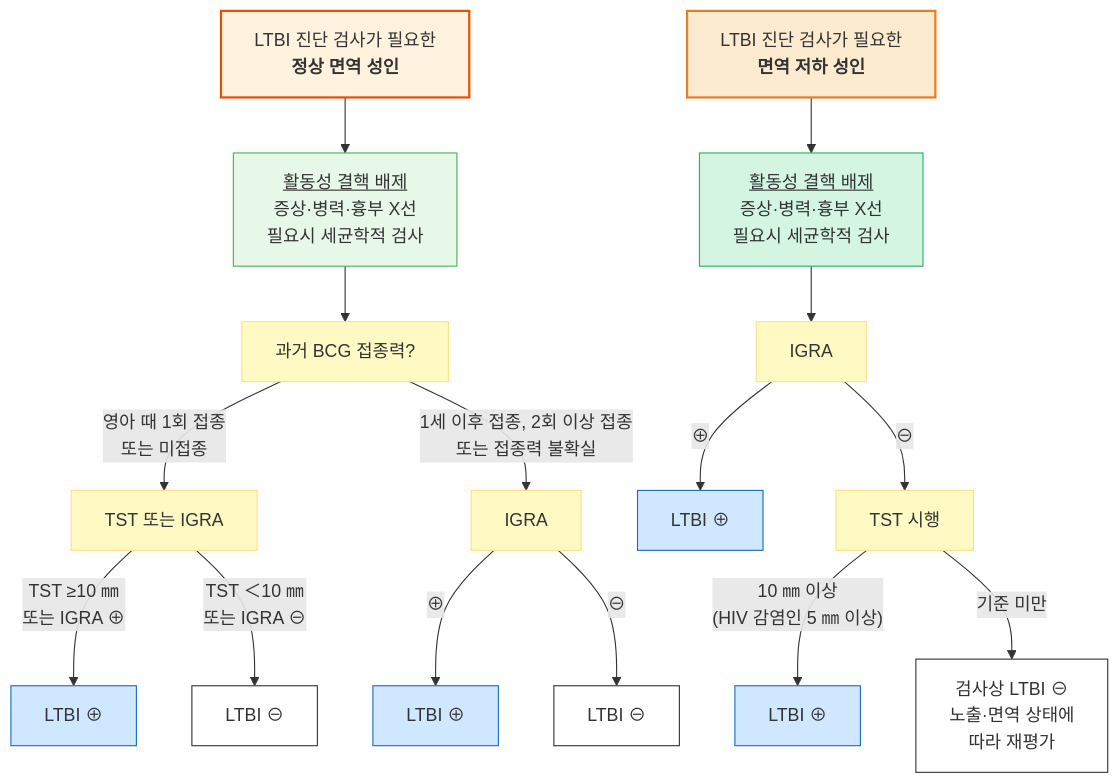
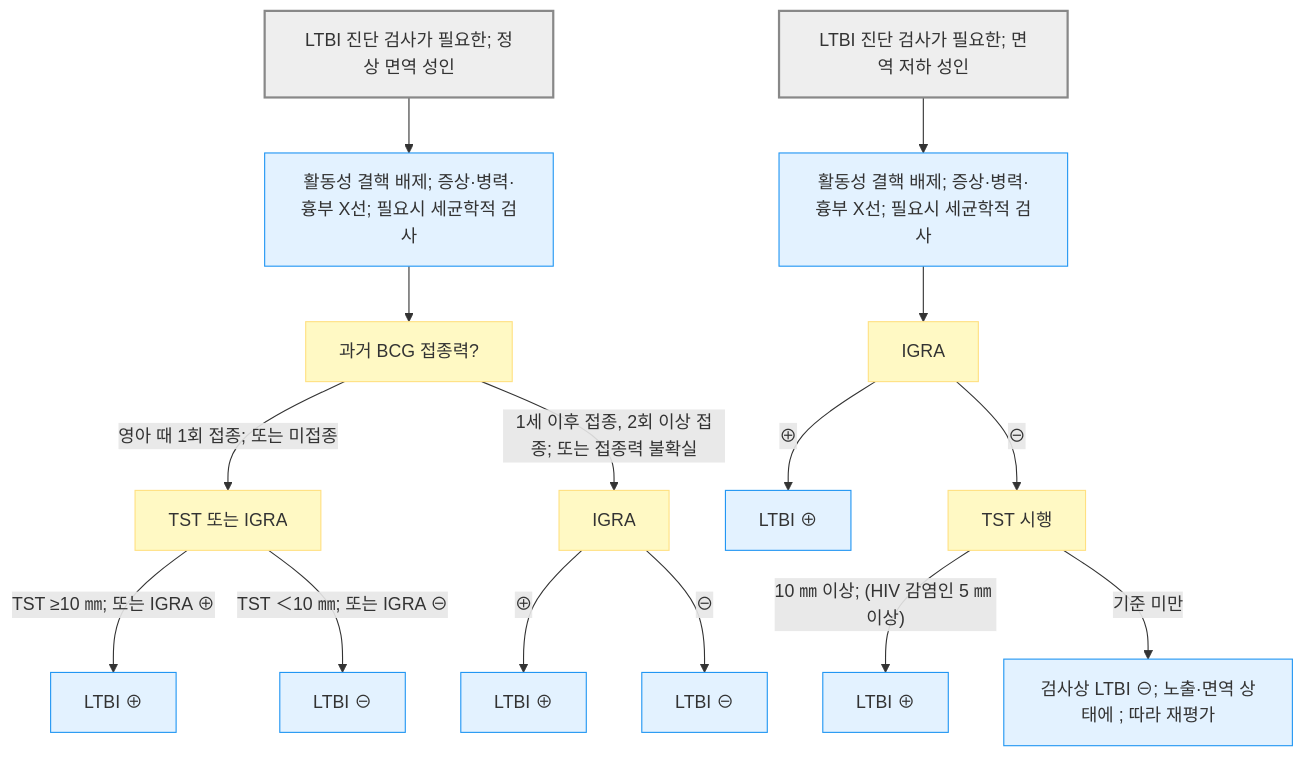
Before and after one commit to familyoh77/familyoh77: the third of 4 diagrams in 223_/070_-tuberculosis.md, drawn with Mermaid. The commit also changed other lines of this file and 2 other files, not shown here.

````diff
--- a/223_/070_-tuberculosis.md
+++ b/223_/070_-tuberculosis.md
@@ -670,44 +669,39 @@
 ```mermaid
 graph TD
     %% 정상 면역 성인 경로
-    SN["LTBI 진단 검사가 필요한<br/><b>정상 면역 성인</b>"]
-    ExcN["<u>활동성 결핵 배제</u><br/>증상·병력·흉부 X선<br/>필요시 세균학적 검사"]
+    SN["`LTBI 진단 검사가 필요한; 정상 면역 성인`"]
+    ExcN["`활동성 결핵 배제; 증상·병력·흉부 X선; 필요시 세균학적 검사`"]
     BCG["과거 BCG 접종력?"]
     TST1["TST 또는 IGRA"]
     IGA1["IGRA"]
     PosN1["LTBI ⊕"]
     NegN1["LTBI ⊖"]
     PosN2["LTBI ⊕"]
     NegN2["LTBI ⊖"]
     SN --> ExcN --> BCG
-    BCG -->|"영아 때 1회 접종<br/>또는 미접종"| TST1
-    BCG -->|"1세 이후 접종, 2회 이상 접종<br/>또는 접종력 불확실"| IGA1
-    TST1 -->|"TST ≥10 ㎜<br/>또는 IGRA ⊕"| PosN1
-    TST1 -->|"TST ＜10 ㎜<br/>또는 IGRA ⊖"| NegN1
-    IGA1 -->|"⊕"| PosN2
-    IGA1 -->|"⊖"| NegN2
+    BCG -- "영아 때 1회 접종; 또는 미접종" --> TST1
+    BCG -- "1세 이후 접종, 2회 이상 접종; 또는 접종력 불확실" --> IGA1
+    TST1 -- "TST ≥10 ㎜; 또는 IGRA ⊕" --> PosN1
+    TST1 -- "TST ＜10 ㎜; 또는 IGRA ⊖" --> NegN1
+    IGA1 -- "⊕" --> PosN2
+    IGA1 -- "⊖" --> NegN2
     %% 면역 저하 성인 경로
-    SI["LTBI 진단 검사가 필요한<br/><b>면역 저하 성인</b>"]
-    ExcI["<u>활동성 결핵 배제</u><br/>증상·병력·흉부 X선<br/>필요시 세균학적 검사"]
+    SI["`LTBI 진단 검사가 필요한; 면역 저하 성인`"]
+    ExcI["`활동성 결핵 배제; 증상·병력·흉부 X선; 필요시 세균학적 검사`"]
     IGA2["IGRA"]
     PosI1["LTBI ⊕"]
     NegIto["TST 시행"]
     PosI2["LTBI ⊕"]
-    NegI2["검사상 LTBI ⊖<br/>노출·면역 상태에 <br/>따라 재평가"]
+    NegI2["`검사상 LTBI ⊖; 노출·면역 상태에 ; 따라 재평가`"]
     SI --> ExcI --> IGA2
-    IGA2 -->|"⊕"| PosI1
-    IGA2 -->|"⊖"| NegIto 
-    NegIto -->|"10 ㎜ 이상<br/>(HIV 감염인 5 ㎜ 이상)"| PosI2
-    NegIto -->|"기준 미만"| NegI2
-style SN fill:#fff3e0,stroke:#e65100,stroke-width:2px
-style SI fill:#fdebd0,stroke:#e67e22,stroke-width:2px
-style ExcN fill:#e8f8e8,stroke:#4caf50
-classDef green fill:#d5f5e3,stroke:#27ae60
-class ExcI green
-classDef yellow fill:#fff9c4,stroke:#ffe082
-class BCG,TST1,IGA1,IGA2,NegIto yellow
-classDef white fill:#fff,stroke:#333
-class NegI2,NegN1,NegN2 white
-classDef blue fill:#d0e8ff,stroke:#1a6abf
-class PosN1,PosN2,PosI1,PosI2 blue
+    IGA2 -- "⊕" --> PosI1
+    IGA2 -- "⊖" --> NegIto 
+    NegIto -- "10 ㎜ 이상; (HIV 감염인 5 ㎜ 이상)" --> PosI2
+    NegIto -- "기준 미만" --> NegI2
+    classDef start fill:#eee,stroke:#888,stroke-width:2px
+    classDef decision fill:#fff9c4,stroke:#ffe082
+    classDef action fill:#e3f2ff,stroke:#2196f3
+    class SN,SI start
+    class BCG,TST1,IGA1,IGA2,NegIto decision
+    class ExcN,ExcI,PosN1,NegN1,PosN2,NegN2,PosI1,PosI2,NegI2 action
 ```
````
